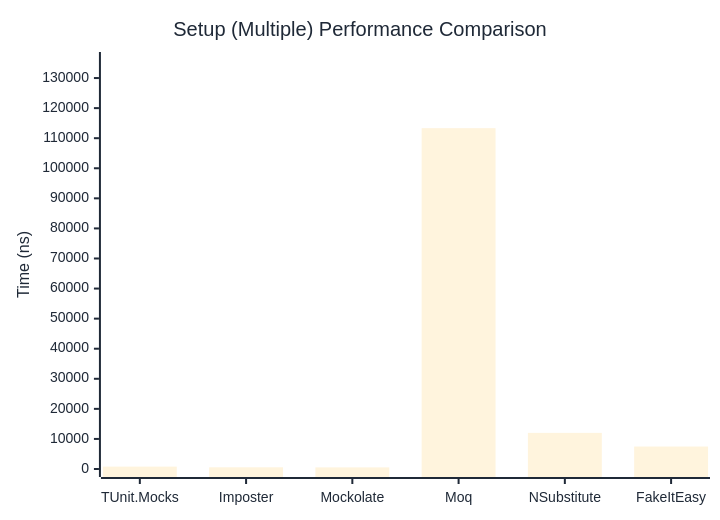
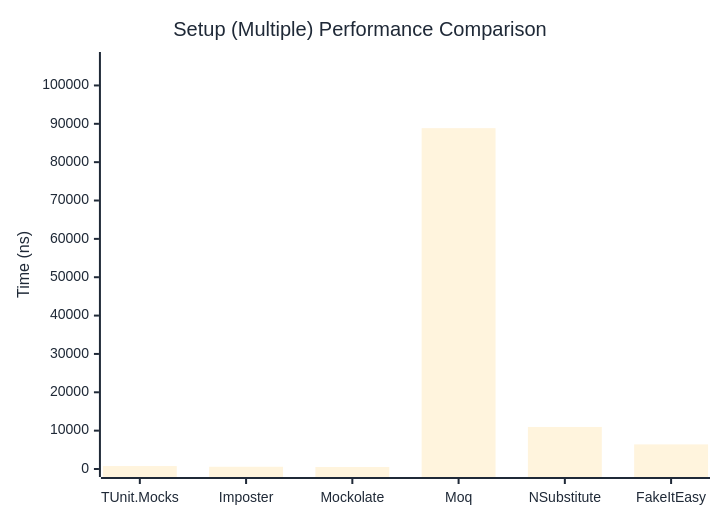
One commit to thomhurst/TUnit changed the second of 2 diagrams in docs/docs/benchmarks/mocks/Setup.md. Above: the diagram before and after it, drawn with Mermaid. The commit also changed other lines of this file and 14 other files, not shown here.

````diff
--- a/docs/docs/benchmarks/mocks/Setup.md
+++ b/docs/docs/benchmarks/mocks/Setup.md
@@ -71,27 +71,27 @@
 ```mermaid
 %%{init: {
   'theme':'base',
   'themeVariables': {
     'primaryColor': '#2563eb',
     'primaryTextColor': '#1f2937',
     'primaryBorderColor': '#1e40af',
     'lineColor': '#6b7280',
     'secondaryColor': '#7c3aed',
     'tertiaryColor': '#dc2626',
     'background': '#ffffff',
     'pie1': '#2563eb',
     'pie2': '#7c3aed',
     'pie3': '#dc2626',
     'pie4': '#f59e0b',
     'pie5': '#10b981',
     'pie6': '#06b6d4',
     'pie7': '#ec4899',
     'pie8': '#6366f1'
   }
 }}%%
 xychart-beta
   title "Setup (Multiple) Performance Comparison"
   x-axis ["TUnit.Mocks", "Imposter", "Mockolate", "Moq", "NSubstitute", "FakeItEasy"]
-  y-axis "Time (ns)" 0 --> 136003
-  bar [789.4, 559.5, 539.1, 113335.7, 12012.4, 7470.3]
+  y-axis "Time (ns)" 0 --> 106636
+  bar [769.7, 581.5, 517, 88862.7, 10962.1, 6414.6]
 ```
````
